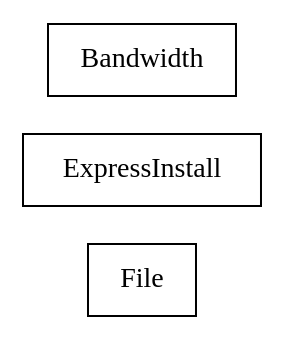
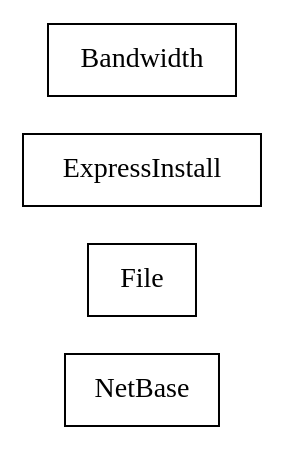
Before and after one commit to sekati/sasapi: the diagram in docs/com/sekati/net/classes.dot, drawn with Graphviz. The commit also changed 52 other files, not shown here.

```diff
--- a/docs/com/sekati/net/classes.dot
+++ b/docs/com/sekati/net/classes.dot
@@ -1,21 +1,27 @@
 strict digraph class_diagram {
   rankdir=LR;
+  TypeNetBase[
+    label="NetBase",
+    URL="NetBase.html",
+    tooltip="com.sekati.net.NetBase",
+    shape="record"
+  ];
   TypeFile[
     label="File",
     URL="File.html",
     tooltip="com.sekati.net.File",
     shape="record"
   ];
   TypeExpressInstall[
     label="ExpressInstall",
     URL="ExpressInstall.html",
     tooltip="com.sekati.net.ExpressInstall",
     shape="record"
   ];
   TypeBandwidth[
     label="Bandwidth",
     URL="Bandwidth.html",
     tooltip="com.sekati.net.Bandwidth",
     shape="record"
   ];
 }
```
